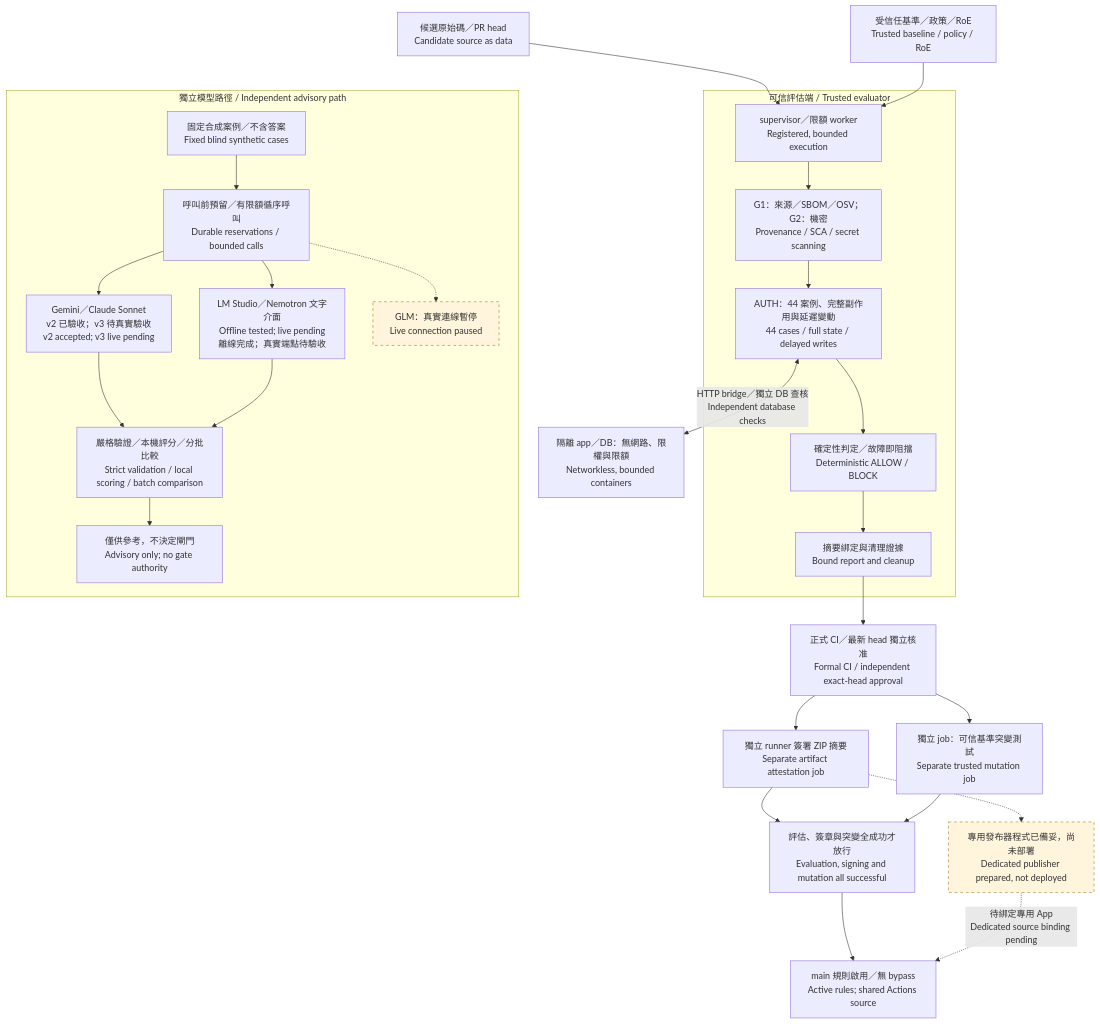
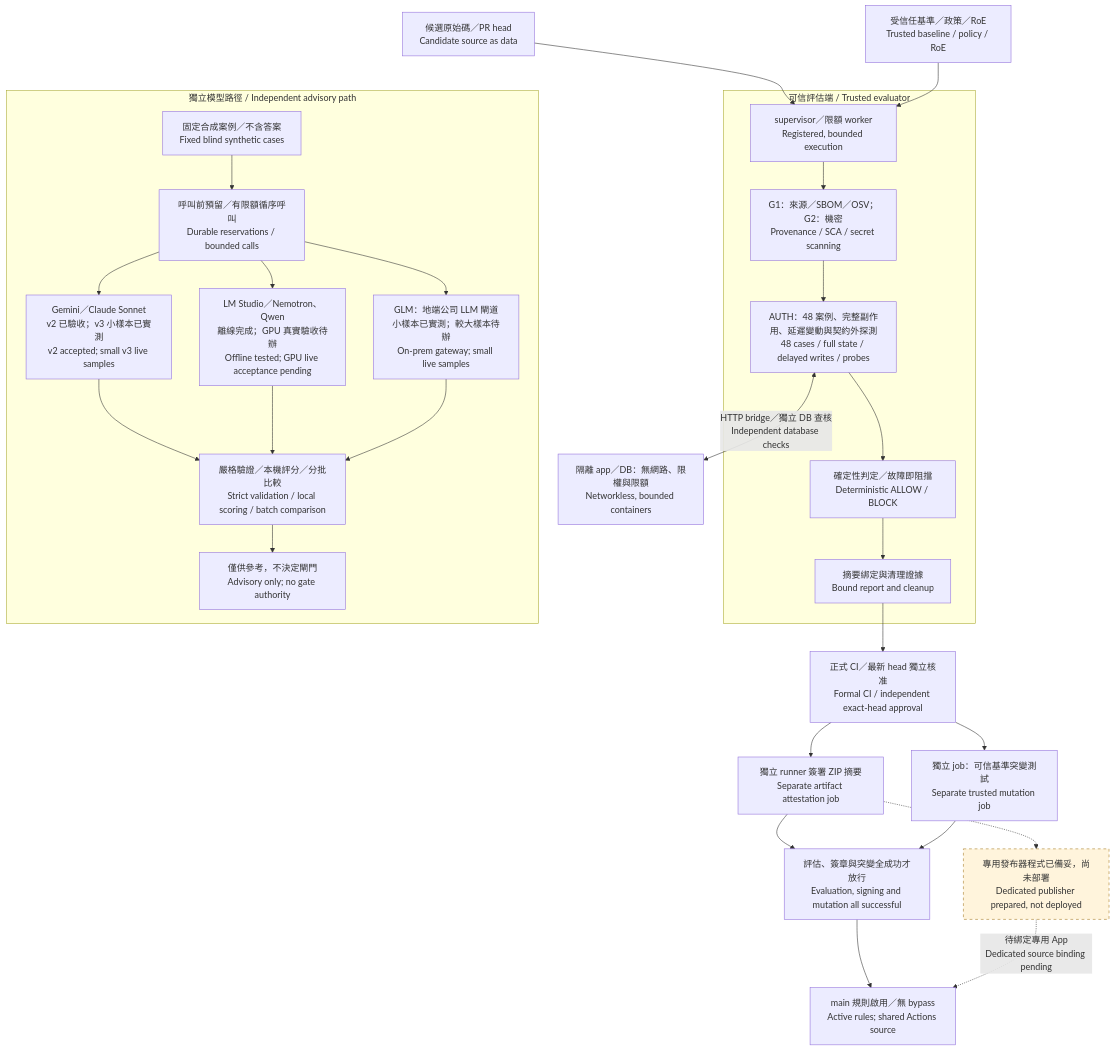
Before and after one commit to chinchiang/MultiAgentEpsilon: the diagram in docs/diagrams/architecture-overview.mmd, drawn with Mermaid. The commit also changed 20 other files, not shown here.

```diff
--- a/docs/diagrams/architecture-overview.mmd
+++ b/docs/diagrams/architecture-overview.mmd
@@ -1,30 +1,31 @@
 flowchart TB
     Source["候選原始碼／PR head<br/>Candidate source as data"] --> Run
     Trust["受信任基準／政策／RoE<br/>Trusted baseline / policy / RoE"] --> Run
     subgraph Evaluator["可信評估端 / Trusted evaluator"]
         Run["supervisor／限額 worker<br/>Registered, bounded execution"] --> Scan["G1：來源／SBOM／OSV；G2：機密<br/>Provenance / SCA / secret scanning"]
-        Scan --> Oracle["AUTH：44 案例、完整副作用與延遲變動<br/>44 cases / full state / delayed writes"]
+        Scan --> Oracle["AUTH：48 案例、完整副作用、延遲變動與契約外探測<br/>48 cases / full state / delayed writes / probes"]
         Oracle --> Decision["確定性判定／故障即阻擋<br/>Deterministic ALLOW / BLOCK"]
         Decision --> Report["摘要綁定與清理證據<br/>Bound report and cleanup"]
     end
     Oracle <-->|"HTTP bridge／獨立 DB 查核<br/>Independent database checks"| Isolation["隔離 app／DB：無網路、限權與限額<br/>Networkless, bounded containers"]
     subgraph Models["獨立模型路徑 / Independent advisory path"]
         Cases["固定合成案例／不含答案<br/>Fixed blind synthetic cases"] --> Gateway["呼叫前預留／有限額循序呼叫<br/>Durable reservations / bounded calls"]
-        Gateway --> Cloud["Gemini／Claude Sonnet<br/>v2 已驗收；v3 待真實驗收<br/>v2 accepted; v3 live pending"]
-        Gateway --> Local["LM Studio／Nemotron 文字介面<br/>Offline tested; live pending<br/>離線完成；真實端點待驗收"]
-        Gateway -.-> GLM["GLM：真實連線暫停<br/>Live connection paused"]
+        Gateway --> Cloud["Gemini／Claude Sonnet<br/>v2 已驗收；v3 小樣本已實測<br/>v2 accepted; small v3 live samples"]
+        Gateway --> Local["LM Studio／Nemotron、Qwen<br/>離線完成；GPU 真實驗收待辦<br/>Offline tested; GPU live acceptance pending"]
+        Gateway --> GLM["GLM：地端公司 LLM 閘道<br/>小樣本已實測；較大樣本待辦<br/>On-prem gateway; small live samples"]
         Cloud --> Score["嚴格驗證／本機評分／分批比較<br/>Strict validation / local scoring / batch comparison"]
         Local --> Score
+        GLM --> Score
         Score --> Advisory["僅供參考，不決定閘門<br/>Advisory only; no gate authority"]
     end
     Source ~~~ Cases
     Report --> CI["正式 CI／最新 head 獨立核准<br/>Formal CI / independent exact-head approval"]
     CI --> Signed["獨立 runner 簽署 ZIP 摘要<br/>Separate artifact attestation job"]
     CI --> Mutation["獨立 job：可信基準突變測試<br/>Separate trusted mutation job"]
     Signed --> Final["評估、簽章與突變全成功才放行<br/>Evaluation, signing and mutation all successful"]
     Mutation --> Final
     Final --> Rules["main 規則啟用／無 bypass<br/>Active rules; shared Actions source"]
     Signed -.-> Publisher["專用發布器程式已備妥，尚未部署<br/>Dedicated publisher prepared, not deployed"]
     Publisher -.->|"待綁定專用 App<br/>Dedicated source binding pending"| Rules
     classDef pending fill:#fff4dc,stroke:#a67822,stroke-dasharray:5 5;
-    class GLM,Publisher pending;
+    class Publisher pending;
```
